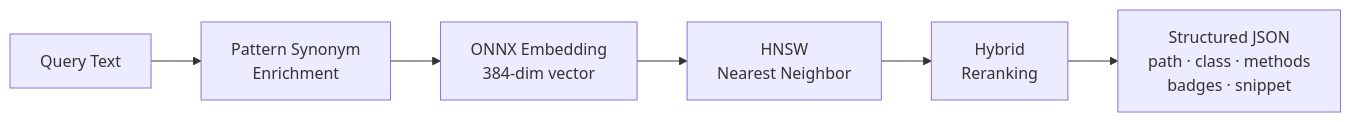
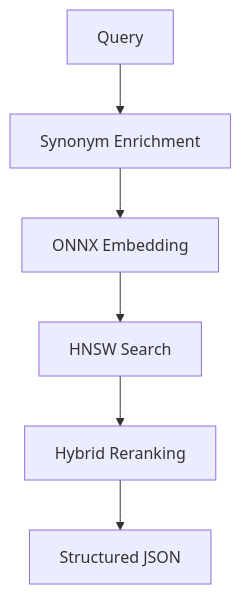
The third of 10 diagrams in README.md (krejcif/magector), drawn with Mermaid before and after one commit. The commit also changed other lines of this file and 1 other file, not shown here.

First line of the commit message:
Optimize Mermaid diagrams for GitHub viewer and fix parse errors

````diff
--- a/README.md
+++ b/README.md
@@ -109,8 +111,8 @@
 ```mermaid
-flowchart LR
-  Q[Query Text] --> E1[Pattern Synonym\nEnrichment]
-  E1 --> E2[ONNX Embedding\n384-dim vector]
-  E2 --> H[HNSW\nNearest Neighbor]
-  H --> R[Hybrid\nReranking]
-  R --> J[Structured JSON\npath · class · methods\nbadges · snippet]
+flowchart TD
+  Q[Query] --> E1[Synonym Enrichment]
+  E1 --> E2[ONNX Embedding]
+  E2 --> H[HNSW Search]
+  H --> R[Hybrid Reranking]
+  R --> J[Structured JSON]
 ```
````
